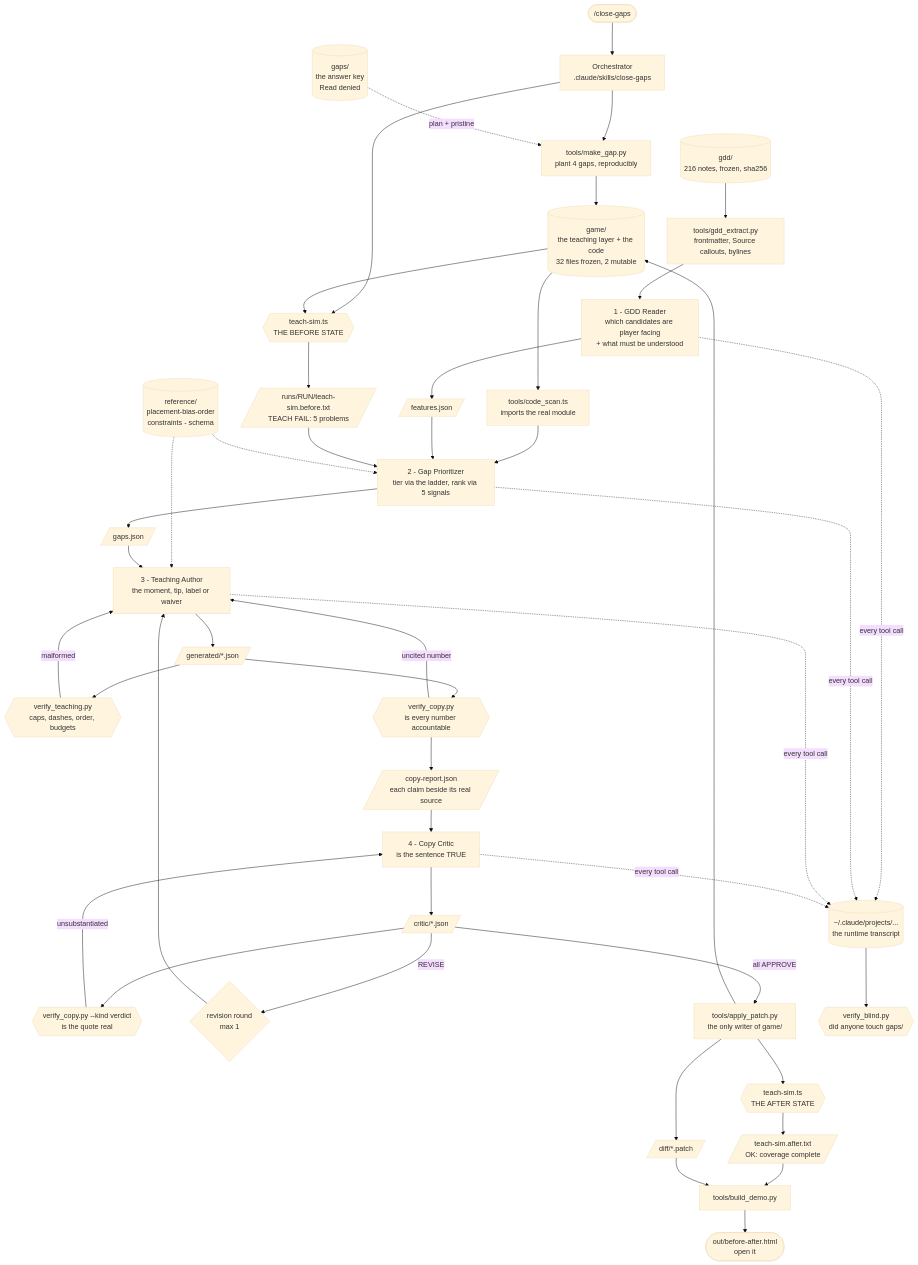
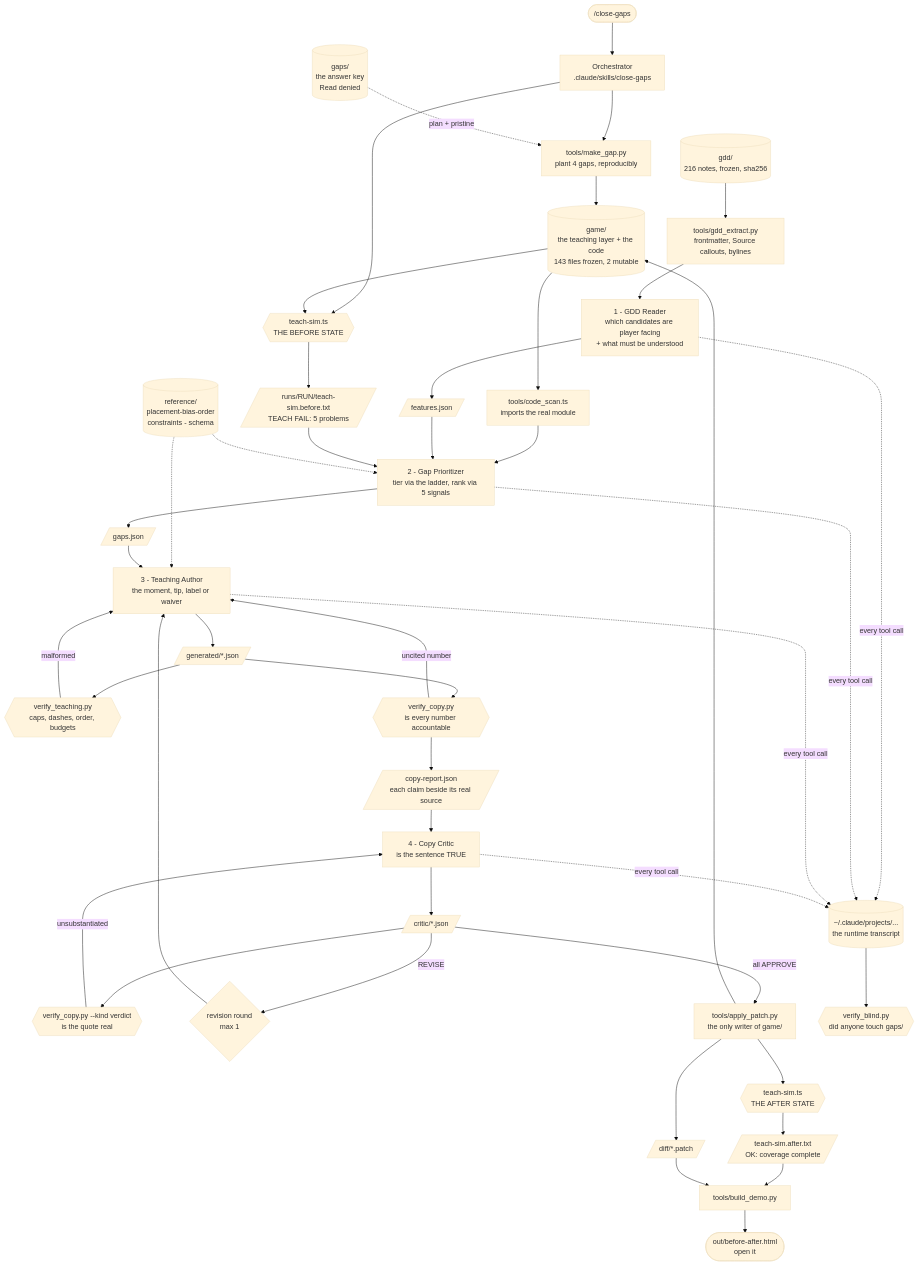
The diagram in ARCHITECTURE.md (dylan-773/kernel-panic-tutorial-crew), drawn with Mermaid (base theme) before and after one commit. The commit also changed other lines of this file, not shown here.

First line of the commit message:
Correct the vendor numbers in ARCHITECTURE, and record why the slice is whole

````diff
--- a/ARCHITECTURE.md
+++ b/ARCHITECTURE.md
@@ -5,60 +5,60 @@
 ```mermaid
 flowchart TD
     U(["/close-gaps"]) --> O["Orchestrator<br/>.claude/skills/close-gaps"]
 
     VAULT[("gdd/<br/>216 notes, frozen, sha256")]
-    SLICE[("game/<br/>the teaching layer + the code<br/>32 files frozen, 2 mutable")]
+    SLICE[("game/<br/>the teaching layer + the code<br/>143 files frozen, 2 mutable")]
     KEY[("gaps/<br/>the answer key<br/>Read denied")]
 
     O --> PLANT["tools/make_gap.py<br/>plant 4 gaps, reproducibly"]
     KEY -.->|"plan + pristine"| PLANT
     PLANT --> SLICE
 
     O --> BEFORE{{"teach-sim.ts<br/>THE BEFORE STATE"}}
     SLICE --> BEFORE
     BEFORE --> BT[/"runs/RUN/teach-sim.before.txt<br/>TEACH FAIL: 5 problems"/]
 
     VAULT --> EX["tools/gdd_extract.py<br/>frontmatter, Source callouts, bylines"]
     EX --> R1["1 - GDD Reader<br/>which candidates are player facing<br/>+ what must be understood"]
     R1 --> F[/"features.json"/]
 
     SLICE --> CS["tools/code_scan.ts<br/>imports the real module"]
     CS --> R2
     F --> R2["2 - Gap Prioritizer<br/>tier via the ladder, rank via 5 signals"]
     BT --> R2
     LADDER[("reference/<br/>placement-bias-order<br/>constraints - schema")]
     LADDER -.-> R2
     LADDER -.-> R3
 
     R2 --> G[/"gaps.json"/]
     G --> R3["3 - Teaching Author<br/>the moment, tip, label or waiver"]
     R3 --> GEN[/"generated/*.json"/]
 
     GEN --> V1{{"verify_teaching.py<br/>caps, dashes, order, budgets"}}
     GEN --> V2{{"verify_copy.py<br/>is every number accountable"}}
     V1 -->|"malformed"| R3
     V2 -->|"uncited number"| R3
     V2 --> REP[/"copy-report.json<br/>each claim beside its real source"/]
 
     REP --> R4["4 - Copy Critic<br/>is the sentence TRUE"]
     R4 --> VD[/"critic/*.json"/]
     VD --> V3{{"verify_copy.py --kind verdict<br/>is the quote real"}}
     V3 -->|"unsubstantiated"| R4
     VD -->|"REVISE"| RV{"revision round<br/>max 1"}
     RV --> R3
 
     VD -->|"all APPROVE"| AP["tools/apply_patch.py<br/>the only writer of game/"]
     AP --> SLICE
     AP --> D[/"diff/*.patch"/]
 
     AP --> AFTER{{"teach-sim.ts<br/>THE AFTER STATE"}}
     AFTER --> AT[/"teach-sim.after.txt<br/>OK: coverage complete"/]
 
     TR[("~/.claude/projects/...<br/>the runtime transcript")]
     R1 & R2 & R3 & R4 -.->|"every tool call"| TR
     TR --> BLIND{{"verify_blind.py<br/>did anyone touch gaps/"}}
 
     AT --> BUILD["tools/build_demo.py"]
     D --> BUILD
     BUILD --> PAGE(["out/before-after.html<br/>open it"])
 ```
````
